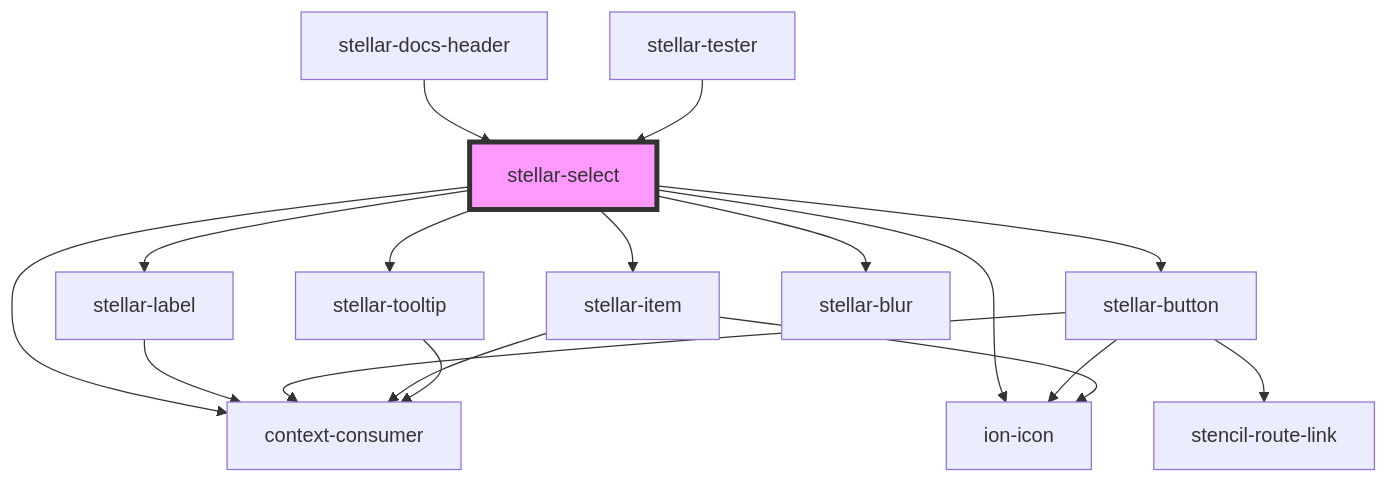
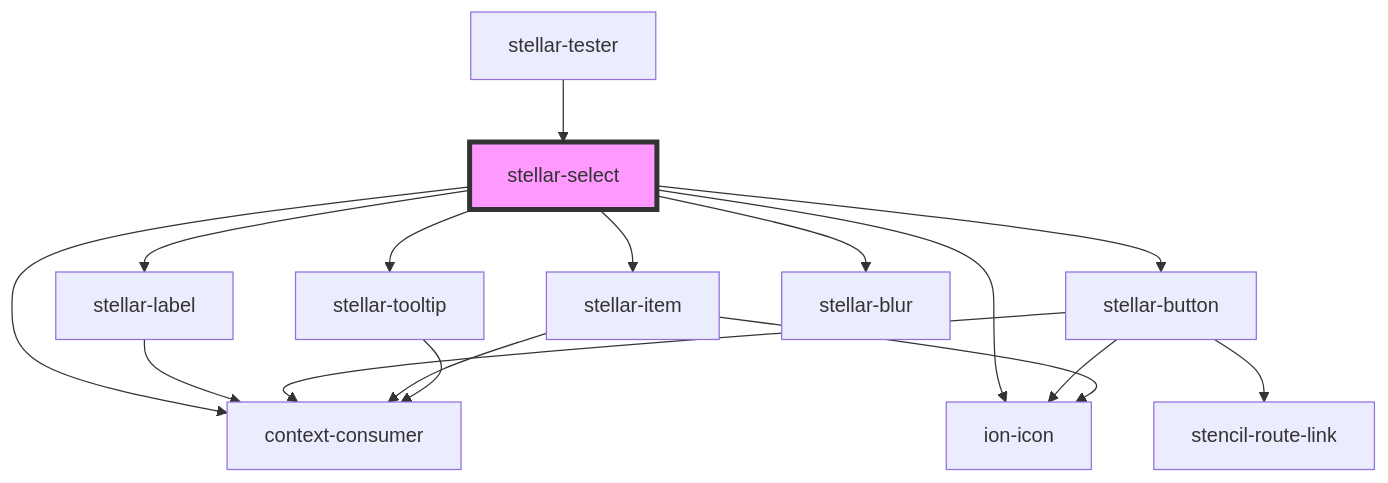
Before and after one commit to splitinfinities/Stellar: the diagram in src/components/forms/select/readme.md, drawn with Mermaid. The commit also changed other lines of this file and 58 other files, not shown here.

````diff
--- a/src/components/forms/select/readme.md
+++ b/src/components/forms/select/readme.md
@@ -283,20 +282,19 @@
 ```mermaid
 graph TD;
   stellar-select --> stellar-label
   stellar-select --> stellar-button
   stellar-select --> ion-icon
   stellar-select --> stellar-item
   stellar-select --> stellar-tooltip
   stellar-select --> stellar-blur
   stellar-select --> context-consumer
   stellar-label --> context-consumer
   stellar-button --> ion-icon
   stellar-button --> stencil-route-link
   stellar-button --> context-consumer
   stellar-item --> ion-icon
   stellar-item --> context-consumer
   stellar-tooltip --> context-consumer
-  stellar-docs-header --> stellar-select
   stellar-tester --> stellar-select
   style stellar-select fill:#f9f,stroke:#333,stroke-width:4px
 ```
````
